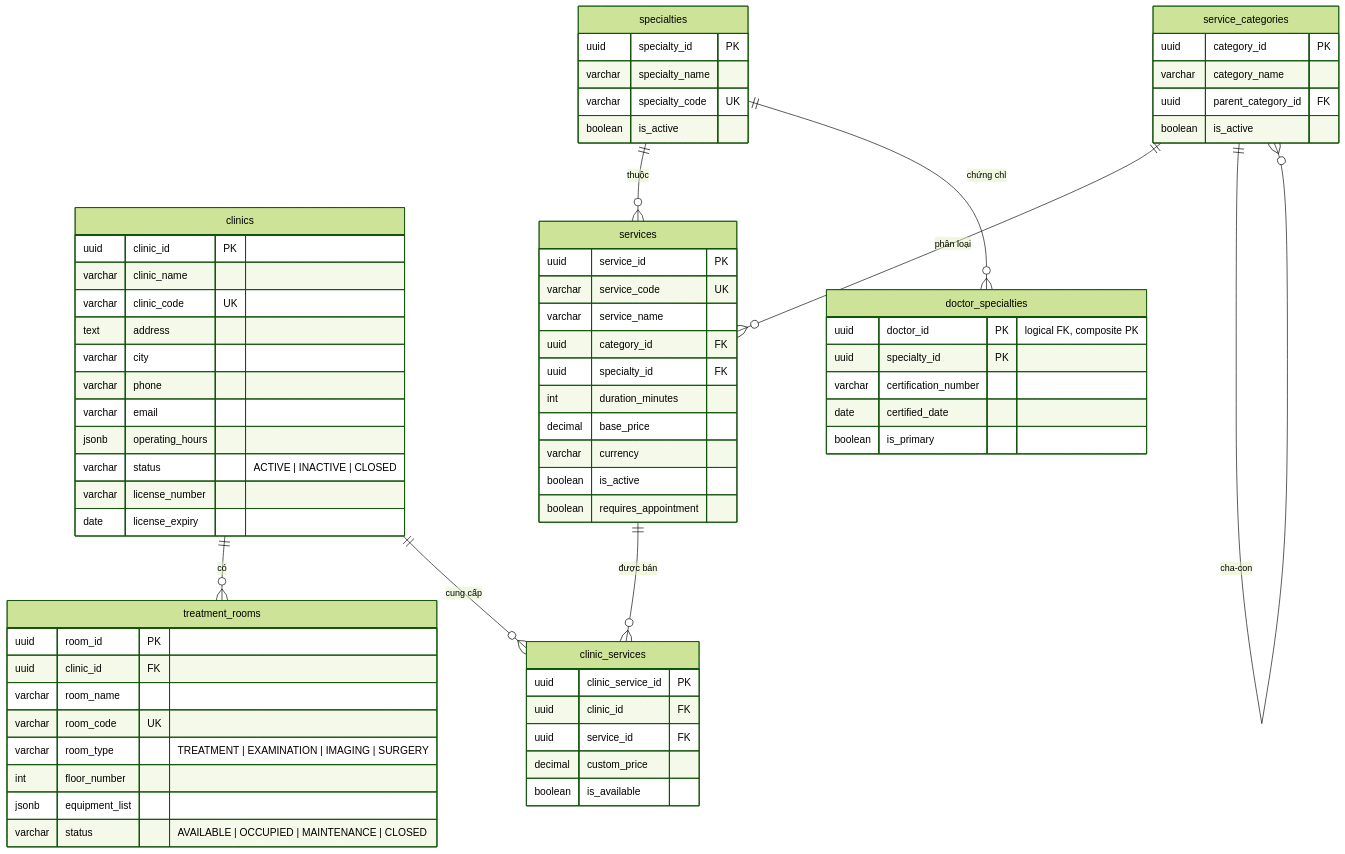
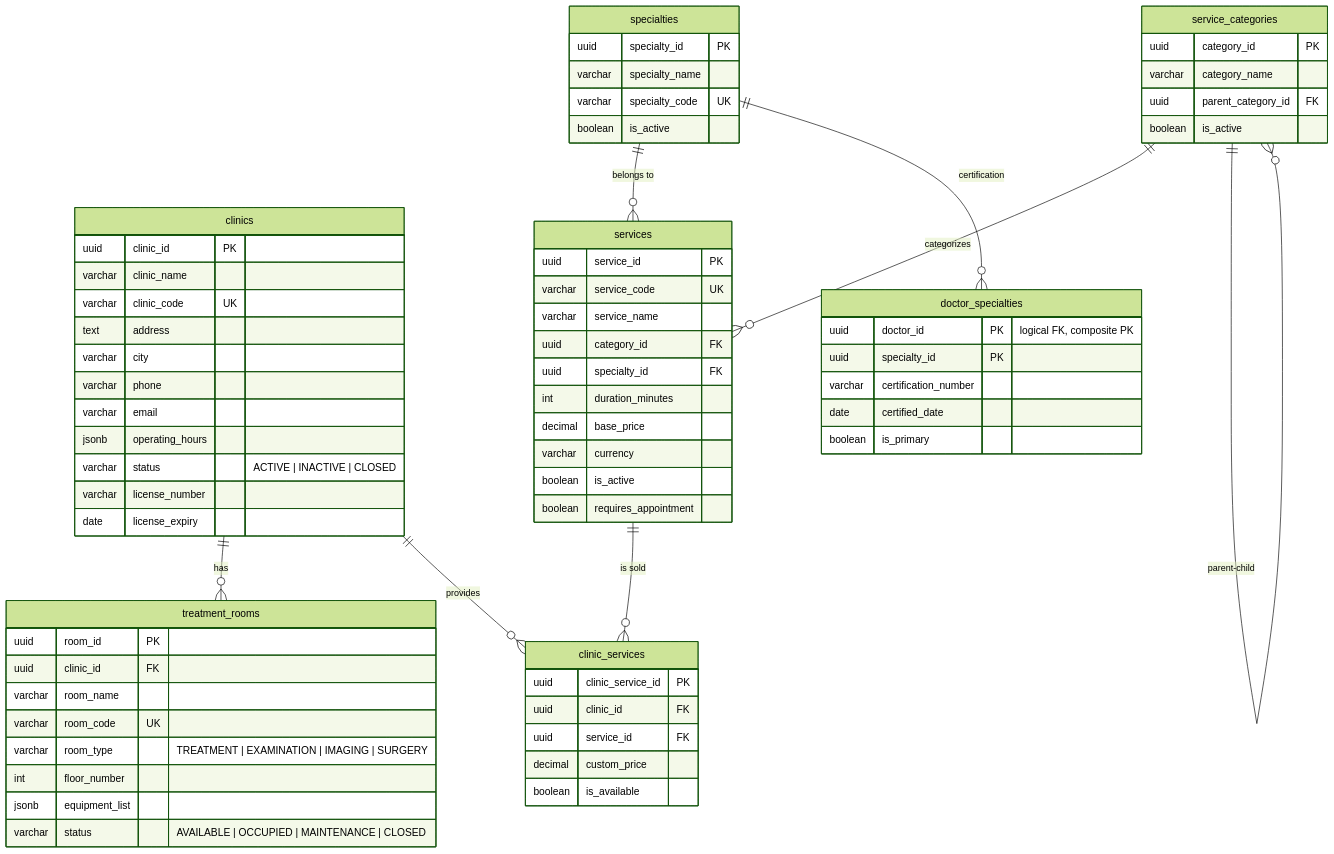
One commit to LTPPPP/Smart-Medical-Intelligent-Ledger-for-E-health-S.M.I.L.E- changed the seventh of 9 diagrams in docs/architecture/erd.md. Above: the diagram before and after it, drawn with Mermaid (forest theme). The commit also changed other lines of this file, not shown here.

First line of the commit message:
docs(erd): translate ERD diagram to English

````diff
--- a/docs/architecture/erd.md
+++ b/docs/architecture/erd.md
@@ -499,72 +499,72 @@
 ```mermaid
 erDiagram
-    clinics ||--o{ treatment_rooms : "có"
-    clinics ||--o{ clinic_services : "cung cấp"
-    services ||--o{ clinic_services : "được bán"
-    service_categories ||--o{ services : "phân loại"
-    service_categories ||--o{ service_categories : "cha-con"
-    specialties ||--o{ services : "thuộc"
-    specialties ||--o{ doctor_specialties : "chứng chỉ"
+    clinics ||--o{ treatment_rooms : "has"
+    clinics ||--o{ clinic_services : "provides"
+    services ||--o{ clinic_services : "is sold"
+    service_categories ||--o{ services : "categorizes"
+    service_categories ||--o{ service_categories : "parent-child"
+    specialties ||--o{ services : "belongs to"
+    specialties ||--o{ doctor_specialties : "certification"
 
     clinics {
         uuid clinic_id PK
         varchar clinic_name
         varchar clinic_code UK
         text address
         varchar city
         varchar phone
         varchar email
         jsonb operating_hours
         varchar status "ACTIVE | INACTIVE | CLOSED"
         varchar license_number
         date license_expiry
     }
     treatment_rooms {
         uuid room_id PK
         uuid clinic_id FK
         varchar room_name
         varchar room_code UK
         varchar room_type "TREATMENT | EXAMINATION | IMAGING | SURGERY"
         int floor_number
         jsonb equipment_list
         varchar status "AVAILABLE | OCCUPIED | MAINTENANCE | CLOSED"
     }
     specialties {
         uuid specialty_id PK
         varchar specialty_name
         varchar specialty_code UK
         boolean is_active
     }
     service_categories {
         uuid category_id PK
         varchar category_name
         uuid parent_category_id FK
         boolean is_active
     }
     services {
         uuid service_id PK
         varchar service_code UK
         varchar service_name
         uuid category_id FK
         uuid specialty_id FK
         int duration_minutes
         decimal base_price
         varchar currency
         boolean is_active
         boolean requires_appointment
     }
     clinic_services {
         uuid clinic_service_id PK
         uuid clinic_id FK
         uuid service_id FK
         decimal custom_price
         boolean is_available
     }
     doctor_specialties {
         uuid doctor_id PK "logical FK, composite PK"
         uuid specialty_id PK
         varchar certification_number
         date certified_date
         boolean is_primary
     }
 ```
````
